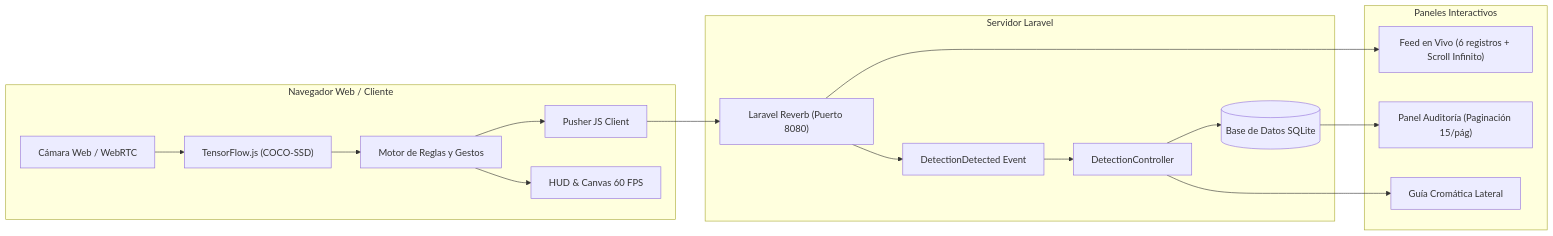
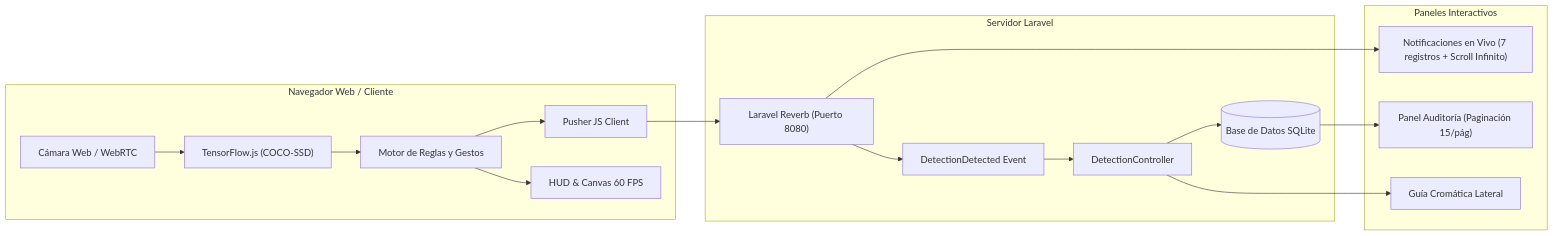
The diagram in README.md (MiguelCarlosRojas/dbComputech), drawn with Mermaid before and after one commit. The commit also changed other lines of this file, not shown here.

Commit message:
docs: actualizar referencias en README a 7 registros visibles y Notificaciones en Vivo

````diff
--- a/README.md
+++ b/README.md
@@ -34,22 +34,22 @@
 ```mermaid
 graph LR
     subgraph Cliente ["Navegador Web / Cliente"]
         CAM["Cámara Web / WebRTC"] --> TF["TensorFlow.js (COCO-SSD)"]
         TF --> ENGINE["Motor de Reglas y Gestos"]
         ENGINE --> PUSHER["Pusher JS Client"]
         ENGINE --> HUD["HUD & Canvas 60 FPS"]
     end
 
     subgraph Backend ["Servidor Laravel"]
         PUSHER --> REVERB["Laravel Reverb (Puerto 8080)"]
         REVERB --> EVENT["DetectionDetected Event"]
         EVENT --> CONTROLLER["DetectionController"]
         CONTROLLER --> DB[("Base de Datos SQLite")]
     end
 
     subgraph Interfaz ["Paneles Interactivos"]
-        REVERB --> FEED["Feed en Vivo (6 registros + Scroll Infinito)"]
+        REVERB --> FEED["Notificaciones en Vivo (7 registros + Scroll Infinito)"]
         DB --> DRAWER_R["Panel Auditoría (Paginación 15/pág)"]
         CONTROLLER --> DRAWER_L["Guía Cromática Lateral"]
     end
 ```
````
